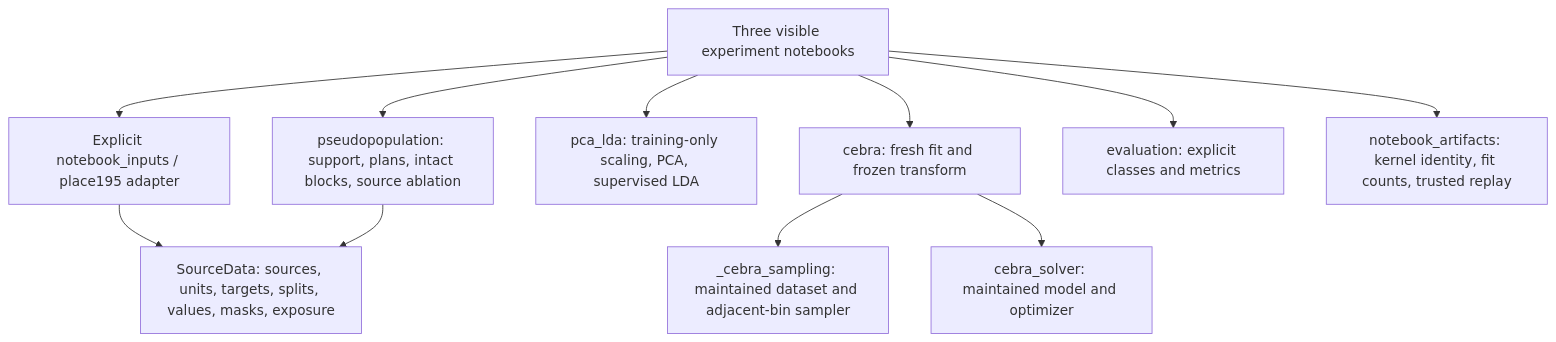
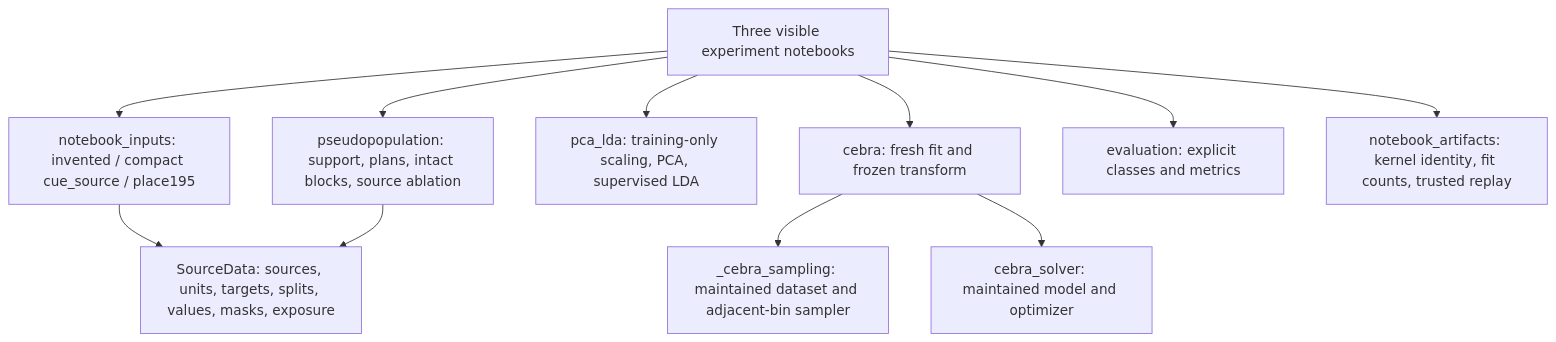
The first of 7 diagrams in docs/software-design.md (Hong-yiii/neuro_science), drawn with Mermaid before and after one commit. The commit also changed other lines of this file and 86 other files, not shown here.

Commit message:
Add compact cue sources and transparent source reconstruction

````diff
--- a/docs/software-design.md
+++ b/docs/software-design.md
@@ -64,13 +64,13 @@
 ```mermaid
 flowchart TD
-    NB[Three visible experiment notebooks] --> AD[Explicit notebook_inputs / place195 adapter]
+    NB[Three visible experiment notebooks] --> AD[notebook_inputs: invented / compact cue_source / place195]
     AD --> SD[SourceData: sources, units, targets, splits, values, masks, exposure]
     NB --> PP[pseudopopulation: support, plans, intact blocks, source ablation]
     PP --> SD
     NB --> PCA[pca_lda: training-only scaling, PCA, supervised LDA]
     NB --> CE[cebra: fresh fit and frozen transform]
     CE --> SAM[_cebra_sampling: maintained dataset and adjacent-bin sampler]
     CE --> SOLV[cebra_solver: maintained model and optimizer]
     NB --> EV[evaluation: explicit classes and metrics]
     NB --> AR[notebook_artifacts: kernel identity, fit counts, trusted replay]
 ```
````
